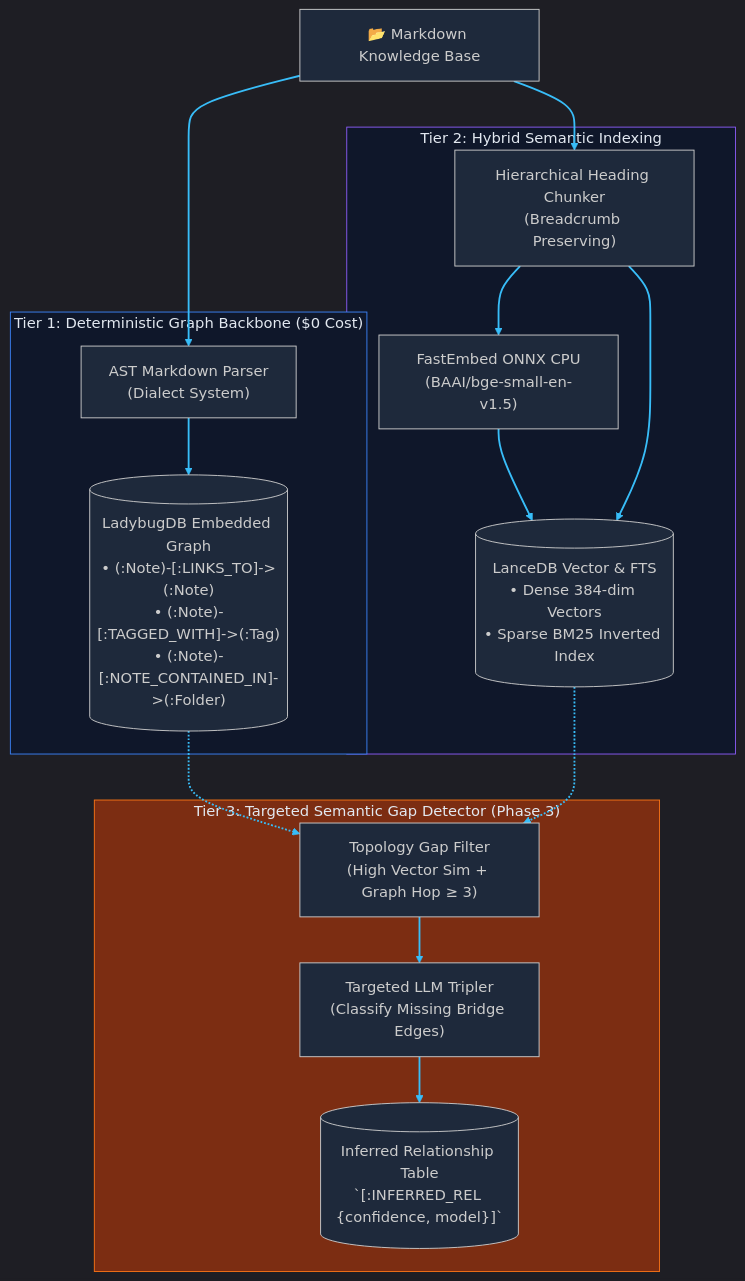
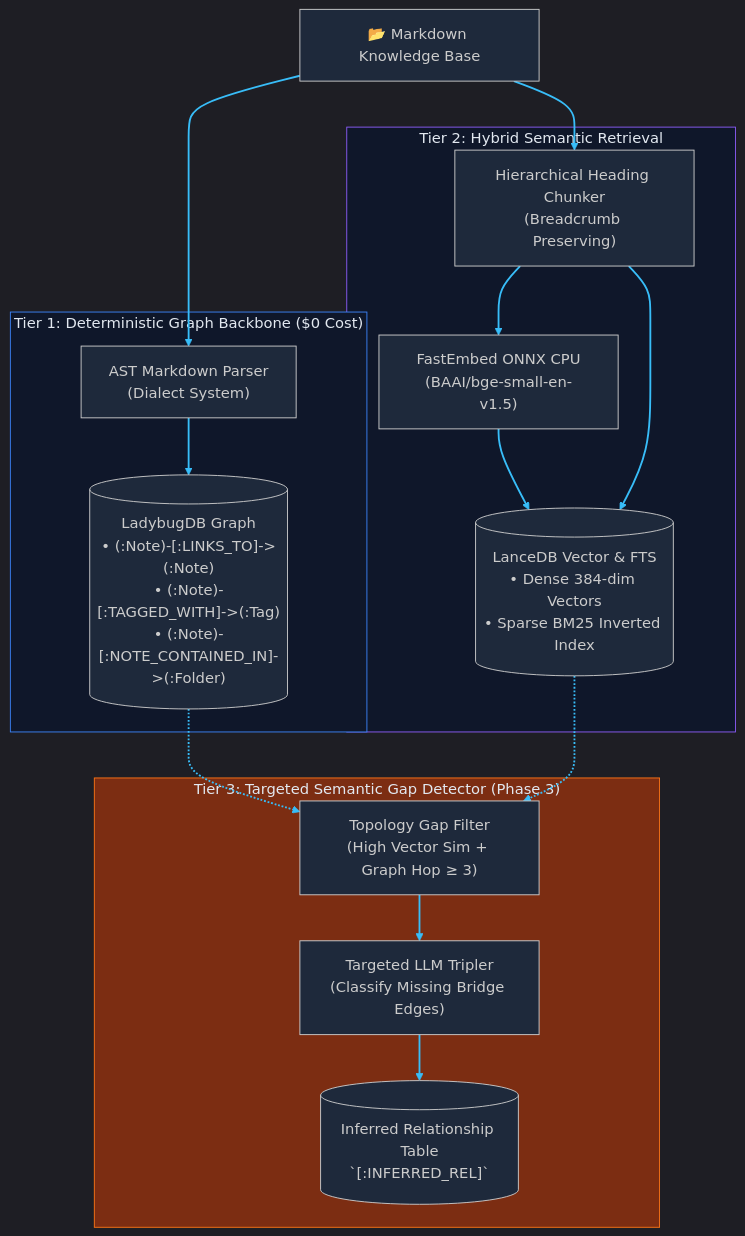
Before and after one commit to dev-hashemi/pkmrag: the diagram in docs/architecture.md, drawn with Mermaid. The commit also changed other lines of this file and 14 other files, not shown here.

````diff
--- a/docs/architecture.md
+++ b/docs/architecture.md
@@ -23,36 +11,36 @@
 ```mermaid
 %%{init: {'theme': 'dark', 'themeVariables': { 'darkMode': true, 'background': 'transparent', 'mainBkg': '#1e293b', 'primaryColor': '#1e293b', 'primaryBorderColor': '#3b82f6', 'primaryTextColor': '#f8fafc', 'lineColor': '#38bdf8', 'edgeLabelBackground': '#1e293b' }}}%%
 flowchart TD
     Vault["📂 Markdown Knowledge Base"]
 
     subgraph T1["Tier 1: Deterministic Graph Backbone ($0 Cost)"]
         Parser["AST Markdown Parser\n(Dialect System)"]
-        Ladybug[("LadybugDB Embedded Graph\n• (:Note)-[:LINKS_TO]->(:Note)\n• (:Note)-[:TAGGED_WITH]->(:Tag)\n• (:Note)-[:NOTE_CONTAINED_IN]->(:Folder)")]
+        Ladybug[("LadybugDB Graph\n• (:Note)-[:LINKS_TO]->(:Note)\n• (:Note)-[:TAGGED_WITH]->(:Tag)\n• (:Note)-[:NOTE_CONTAINED_IN]->(:Folder)")]
         Parser --> Ladybug
     end
 
-    subgraph T2["Tier 2: Hybrid Semantic Indexing"]
+    subgraph T2["Tier 2: Hybrid Semantic Retrieval"]
         Chunker["Hierarchical Heading Chunker\n(Breadcrumb Preserving)"]
         Embedder["FastEmbed ONNX CPU\n(BAAI/bge-small-en-v1.5)"]
         Lance[("LanceDB Vector & FTS\n• Dense 384-dim Vectors\n• Sparse BM25 Inverted Index")]
         Chunker --> Embedder --> Lance
         Chunker --> Lance
     end
 
     subgraph T3["Tier 3: Targeted Semantic Gap Detector (Phase 3)"]
         Filter["Topology Gap Filter\n(High Vector Sim + Graph Hop ≥ 3)"]
         LLM["Targeted LLM Tripler\n(Classify Missing Bridge Edges)"]
-        Inferred[("Inferred Relationship Table\n`[:INFERRED_REL {confidence, model}]`")]
+        Inferred[("Inferred Relationship Table\n`[:INFERRED_REL]`")]
         Ladybug -.-> Filter
         Lance -.-> Filter
         Filter --> LLM --> Inferred
     end
 
     Vault --> Parser
     Vault --> Chunker
 
     style T1 fill:#0f172a,stroke:#3b82f6,color:#e2e8f0
     style T2 fill:#0f172a,stroke:#8b5cf6,color:#e2e8f0
     style T3 fill:#7c2d12,stroke:#f97316,color:#e2e8f0
     linkStyle default stroke:#38bdf8,stroke-width:2px;
 ```
````
